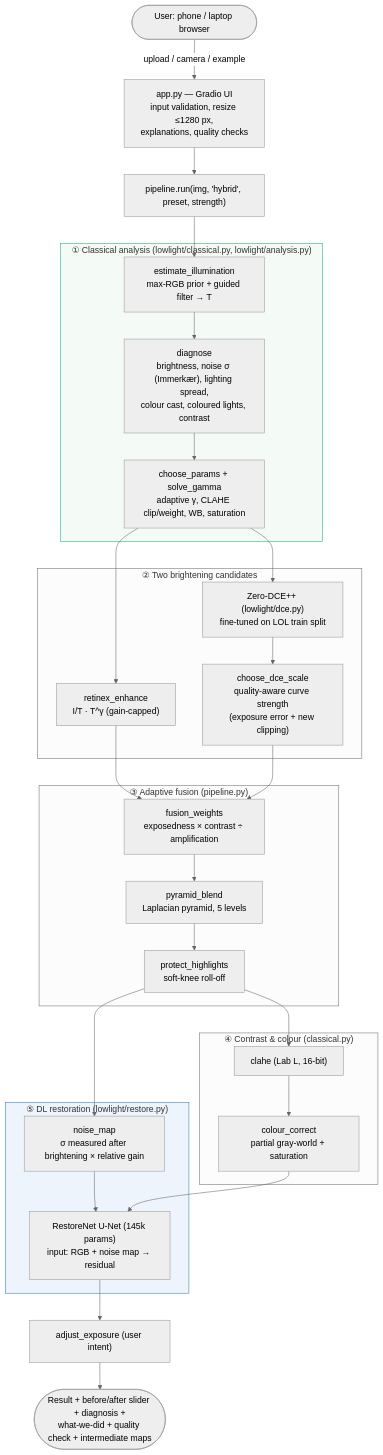
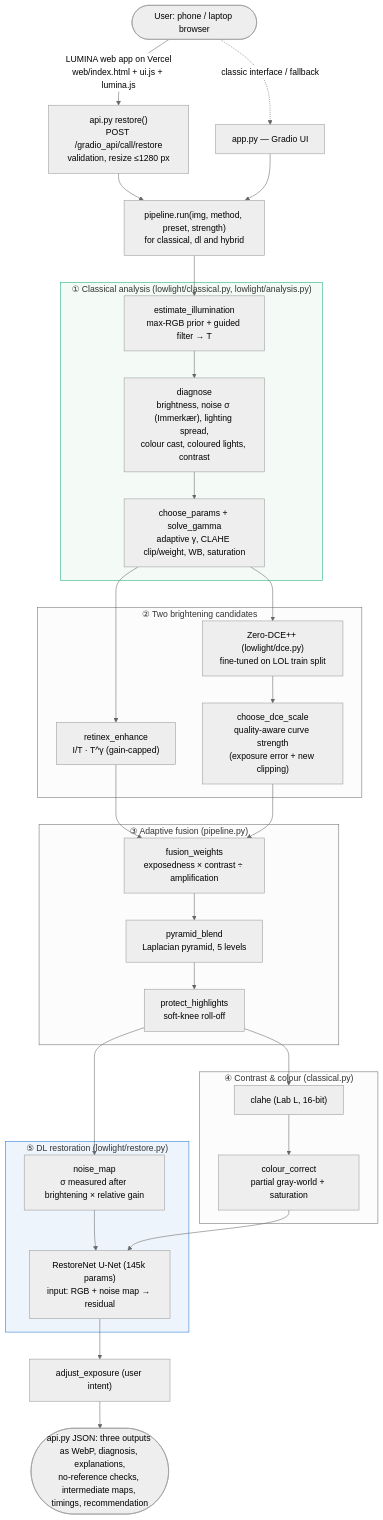
The first of 2 diagrams in docs/ARCHITECTURE.md (Karthik-sugur/lumina-lowlight), drawn with Mermaid (neutral theme) before and after one commit. The commit also changed other lines of this file and 24 other files, not shown here.

First line of the commit message:
LUMINA web frontend (team's LUMORA v4 design) on Vercel + engine JSON API

````diff
--- a/docs/ARCHITECTURE.md
+++ b/docs/ARCHITECTURE.md
@@ -5,49 +5,51 @@
 ```mermaid
 flowchart TD
-    U([User: phone / laptop browser]) -->|upload / camera / example| APP["app.py — Gradio UI<br/>input validation, resize ≤1280 px,<br/>explanations, quality checks"]
-    APP --> RUN["pipeline.run(img, 'hybrid', preset, strength)"]
+    U([User: phone / laptop browser]) -->|LUMINA web app on Vercel<br/>web/index.html + ui.js + lumina.js| API["api.py restore()<br/>POST /gradio_api/call/restore<br/>validation, resize ≤1280 px"]
+    U -.->|classic interface / fallback| APP["app.py — Gradio UI"]
+    API --> RUN["pipeline.run(img, method, preset, strength)<br/>for classical, dl and hybrid"]
+    APP --> RUN
 
     subgraph S1["① Classical analysis (lowlight/classical.py, lowlight/analysis.py)"]
         T["estimate_illumination<br/>max-RGB prior + guided filter → T"]
         D["diagnose<br/>brightness, noise σ (Immerkær), lighting spread,<br/>colour cast, coloured lights, contrast"]
         PR["choose_params + solve_gamma<br/>adaptive γ, CLAHE clip/weight, WB, saturation"]
         T --> D --> PR
     end
 
     subgraph S2["② Two brightening candidates"]
         RX["retinex_enhance<br/>I/T · T^γ (gain-capped)"]
         DC["Zero-DCE++ (lowlight/dce.py)<br/>fine-tuned on LOL train split"]
         QA["choose_dce_scale<br/>quality-aware curve strength<br/>(exposure error + new clipping)"]
         DC --> QA
     end
 
     subgraph S3["③ Adaptive fusion (pipeline.py)"]
         FW["fusion_weights<br/>exposedness × contrast ÷ amplification"]
         PB["pyramid_blend<br/>Laplacian pyramid, 5 levels"]
         HG["protect_highlights<br/>soft-knee roll-off"]
         FW --> PB --> HG
     end
 
     subgraph S4["④ Contrast & colour (classical.py)"]
         CL["clahe (Lab L, 16-bit)"] --> CC["colour_correct<br/>partial gray-world + saturation"]
     end
 
     subgraph S5["⑤ DL restoration (lowlight/restore.py)"]
         NM["noise_map<br/>σ measured after brightening × relative gain"]
         RN["RestoreNet U-Net (145k params)<br/>input: RGB + noise map → residual"]
         NM --> RN
     end
 
     RUN --> T
     PR --> RX & DC
     RX --> FW
     QA --> FW
     HG --> CL
     CC --> RN
     HG --> NM
     RN --> UI["adjust_exposure (user intent)"]
-    UI --> OUT([Result + before/after slider + diagnosis +<br/>what-we-did + quality check + intermediate maps])
+    UI --> OUT(["api.py JSON: three outputs as WebP, diagnosis, explanations,<br/>no-reference checks, intermediate maps, timings, recommendation"])
 
     style S5 fill:#eef4fc,stroke:#2a78d6
     style S1 fill:#f4fbf7,stroke:#1baf7a
 ```
````
